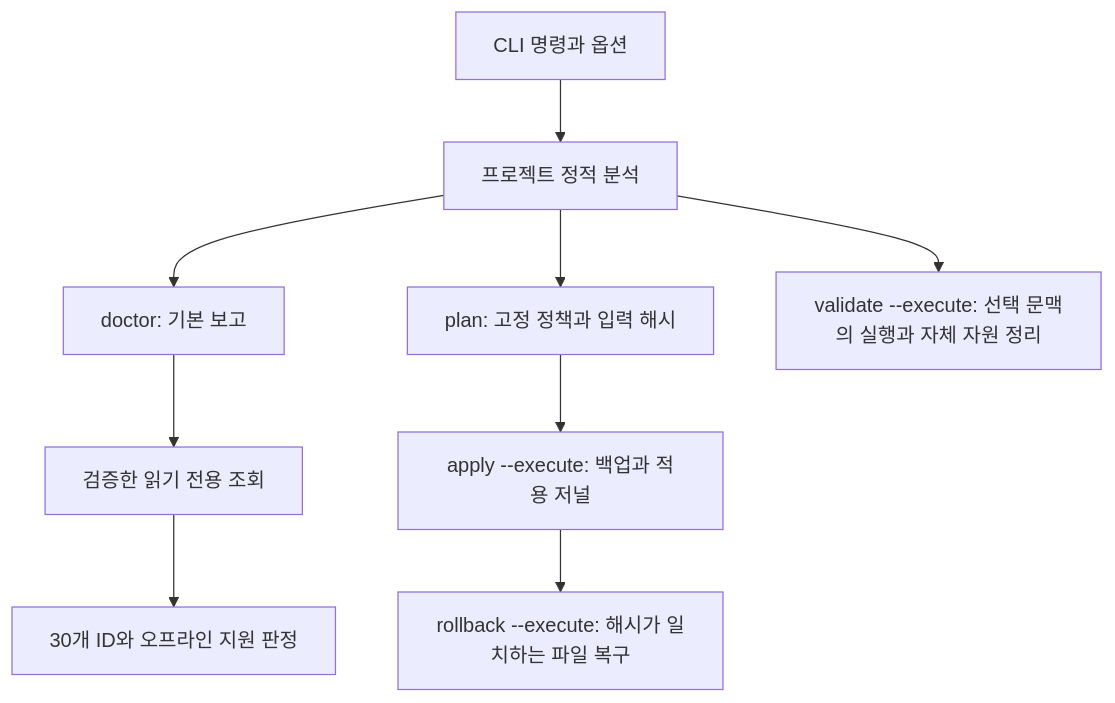
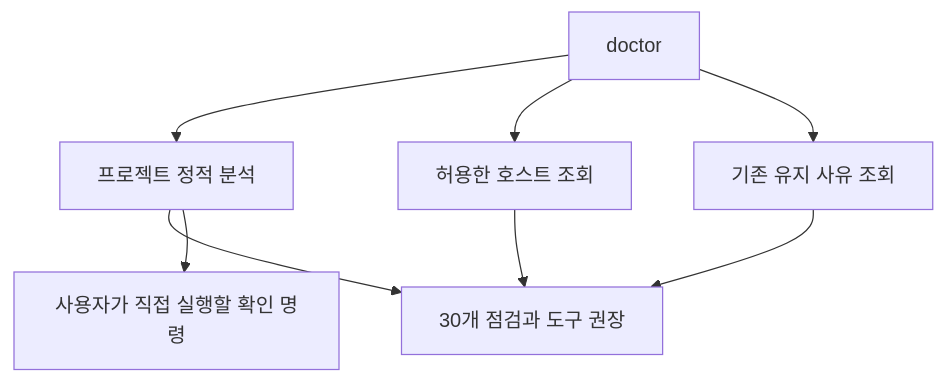
One commit to tttaliesin/windows-agent-devkit changed the diagram in docs/implementation-plan.md. Above: the diagram before and after it, drawn with Mermaid. The commit also changed other lines of this file and 58 other files, not shown here.

````diff
--- a/docs/implementation-plan.md
+++ b/docs/implementation-plan.md
@@ -55,11 +49,10 @@
 ```mermaid
 flowchart TB
-    CLI["CLI 명령과 옵션"] --> Analysis["프로젝트 정적 분석"]
-    Analysis --> Doctor["doctor: 기본 보고"]
-    Doctor --> Queries["검증한 읽기 전용 조회"]
-    Queries --> Support["30개 ID와 오프라인 지원 판정"]
-    Analysis --> Plan["plan: 고정 정책과 입력 해시"]
-    Plan --> Apply["apply --execute: 백업과 적용 저널"]
-    Apply --> Rollback["rollback --execute: 해시가 일치하는 파일 복구"]
-    Analysis --> Validate["validate --execute: 선택 문맥의 실행과 자체 자원 정리"]
+    CLI["doctor"] --> Analysis["프로젝트 정적 분석"]
+    CLI --> Queries["허용한 호스트 조회"]
+    CLI --> Exceptions["기존 유지 사유 조회"]
+    Analysis --> Report["30개 점검과 도구 권장"]
+    Queries --> Report
+    Exceptions --> Report
+    Analysis --> Guidance["사용자가 직접 실행할 확인 명령"]
 ```
````
